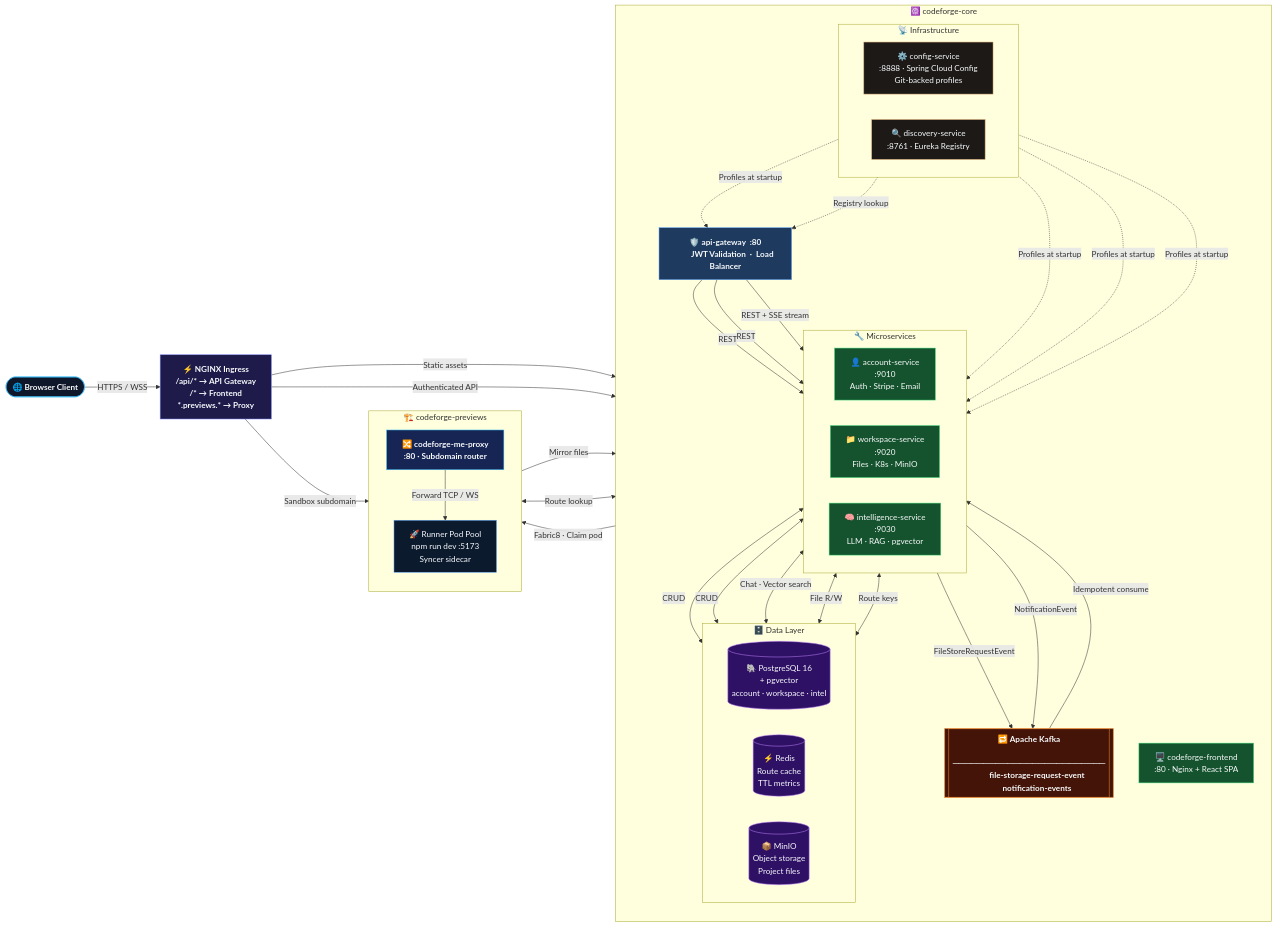
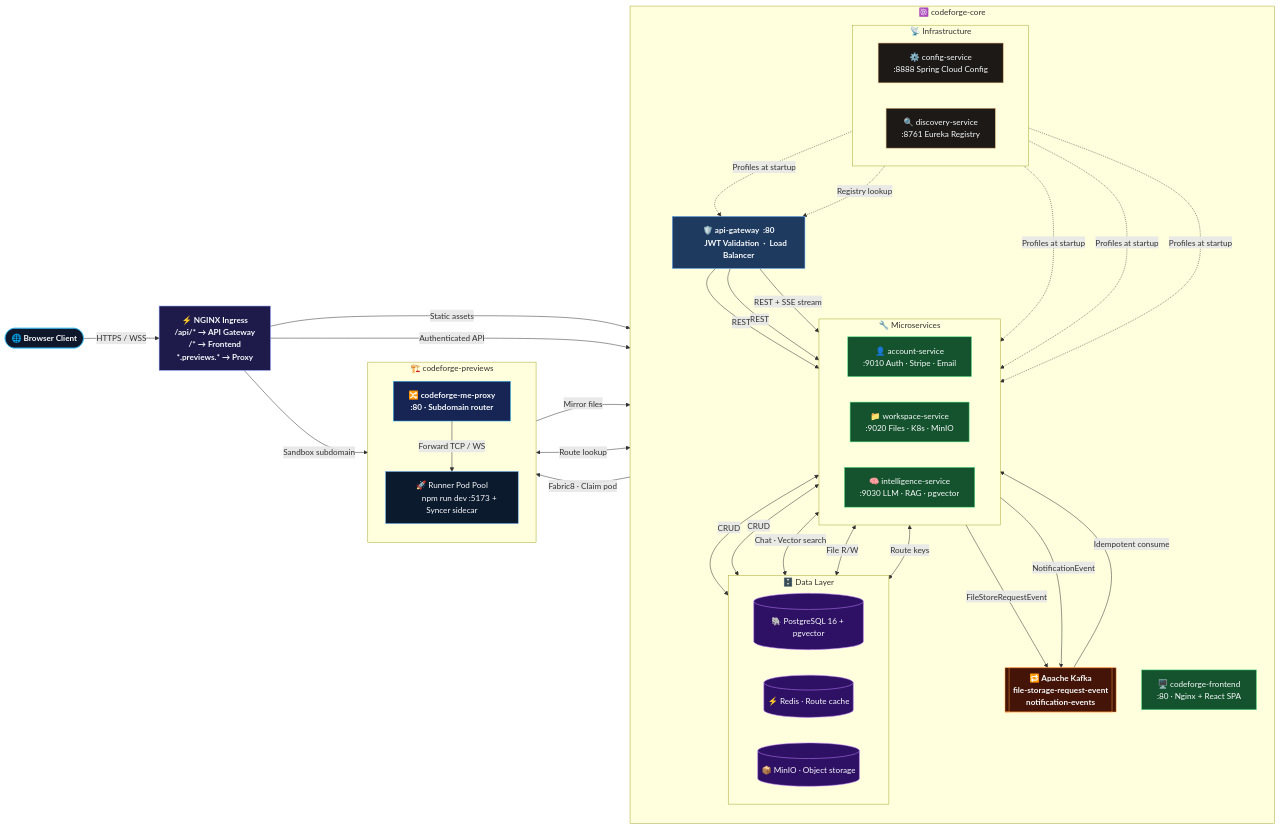
Before and after one commit to aditighoshagd/Distributed-CodeForge: the diagram in README.md, drawn with Mermaid. The commit also changed other lines of this file, not shown here.

Commit message:
Update README with interactive design and frontend repo link

````diff
--- a/README.md
+++ b/README.md
@@ -69,6 +77,5 @@
 ```mermaid
 flowchart LR
-    %% ── Node Styles ─────────────────────────────────────────────────────────
     classDef client   fill:#0F172A,stroke:#38BDF8,color:#F8FAFC,font-weight:bold
     classDef ingress  fill:#1E1B4B,stroke:#818CF8,color:#F8FAFC,font-weight:bold
     classDef frontend fill:#14532D,stroke:#4ADE80,color:#F8FAFC
@@ -80,113 +87,69 @@
     classDef proxy    fill:#172554,stroke:#38BDF8,color:#F8FAFC,font-weight:bold
     classDef runner   fill:#0C1A2E,stroke:#60A5FA,color:#F8FAFC
 
-    %% ── Entry Point ─────────────────────────────────────────────────────────
     BROWSER(["🌐 Browser Client"]):::client
-
     NGINX["⚡ NGINX Ingress
-    /api/*  →  API Gateway
-    /*      →  Frontend
-    *.previews.*  →  Proxy"]:::ingress
-
+    /api/* → API Gateway
+    /* → Frontend
+    *.previews.* → Proxy"]:::ingress
     BROWSER -->|"HTTPS / WSS"| NGINX
 
-    %% ── codeforge-core Namespace ────────────────────────────────────────────
     subgraph CORE ["  ☸️  codeforge-core  "]
         direction TB
-
-        %% Tier 0 — Static Frontend
         FE["🖥️ codeforge-frontend
         :80  ·  Nginx + React SPA"]:::frontend
-
-        %% Tier 1 — Infrastructure Services
         subgraph INFRA_ROW ["  📡 Infrastructure  "]
             direction LR
             CFG["⚙️ config-service
-            :8888  ·  Spring Cloud Config
-            Git-backed profiles"]:::cfgsvc
+            :8888  Spring Cloud Config"]:::cfgsvc
             EUR["🔍 discovery-service
-            :8761  ·  Eureka Registry"]:::cfgsvc
+            :8761  Eureka Registry"]:::cfgsvc
         end
-
-        %% Tier 2 — Gateway
         GW["🛡️ api-gateway  :80
         JWT Validation  ·  Load Balancer"]:::gateway
-
-        %% Tier 3 — Domain Services
         subgraph SVCS ["  🔧 Microservices  "]
             direction LR
             ACC["👤 account-service
-            :9010
-            Auth · Stripe · Email"]:::svc
+            :9010  Auth · Stripe · Email"]:::svc
             WS["📁 workspace-service
-            :9020
-            Files · K8s · MinIO"]:::svc
+            :9020  Files · K8s · MinIO"]:::svc
             INT["🧠 intelligence-service
-            :9030
-            LLM · RAG · pgvector"]:::svc
+            :9030  LLM · RAG · pgvector"]:::svc
         end
-
-        %% Tier 4 — Messaging
         KAFKA[["🔁 Apache Kafka
-        ─────────────────────────
         file-storage-request-event
         notification-events"]]:::kafka
-
-        %% Tier 5 — Data
         subgraph DATA ["  🗄️ Data Layer  "]
             direction LR
-            PG[("🐘 PostgreSQL 16
-            + pgvector
-            account · workspace · intel")]:::db
-            RD[("⚡ Redis
-            Route cache
-            TTL metrics")]:::db
-            MN[("📦 MinIO
-            Object storage
-            Project files")]:::db
+            PG[("🐘 PostgreSQL 16 + pgvector")]:::db
+            RD[("⚡ Redis · Route cache")]:::db
+            MN[("📦 MinIO · Object storage")]:::db
         end
     end
 
-    %% ── codeforge-previews Namespace ────────────────────────────────────────
     subgraph PREV ["  🏗️  codeforge-previews  "]
         direction TB
         PROX["🔀 codeforge-me-proxy
         :80  ·  Subdomain router"]:::proxy
         PODS["🚀 Runner Pod Pool
-        npm run dev :5173
-        Syncer sidecar"]:::runner
+        npm run dev :5173 + Syncer sidecar"]:::runner
     end
 
-    %% ── Routing ─────────────────────────────────────────────────────────────
     NGINX -->|"Static assets"| FE
     NGINX -->|"Authenticated API"| GW
     NGINX -->|"Sandbox subdomain"| PROX
-
-    %% ── Config & Discovery (passive) ────────────────────────────────────────
-    CFG -.->|"Profiles at startup"| GW
-    CFG -.->|"Profiles at startup"| ACC
-    CFG -.->|"Profiles at startup"| WS
-    CFG -.->|"Profiles at startup"| INT
+    CFG -.->|"Profiles at startup"| GW & ACC & WS & INT
     EUR -.->|"Registry lookup"| GW
-
-    %% ── Gateway → Services ──────────────────────────────────────────────────
-    GW -->|"REST"| ACC
-    GW -->|"REST"| WS
+    GW -->|"REST"| ACC & WS
     GW -->|"REST + SSE stream"| INT
-
-    %% ── Services → Data ─────────────────────────────────────────────────────
     ACC <-->|"CRUD"| PG
     WS  <-->|"CRUD"| PG
     INT <-->|"Chat · Vector search"| PG
     WS  <-->|"File R/W"| MN
     WS  <-->|"Route keys"| RD
-
-    %% ── Kafka Event Bus ─────────────────────────────────────────────────────
     INT -->|"FileStoreRequestEvent"| KAFKA
     ACC -->|"NotificationEvent"| KAFKA
     KAFKA -->|"Idempotent consume"| WS
-
-    %% ── Sandbox Plane ───────────────────────────────────────────────────────
     WS   -->|"Fabric8 · Claim pod"| PODS
     PODS -->|"Mirror files"| MN
     PROX <-->|"Route lookup"| RD
````
